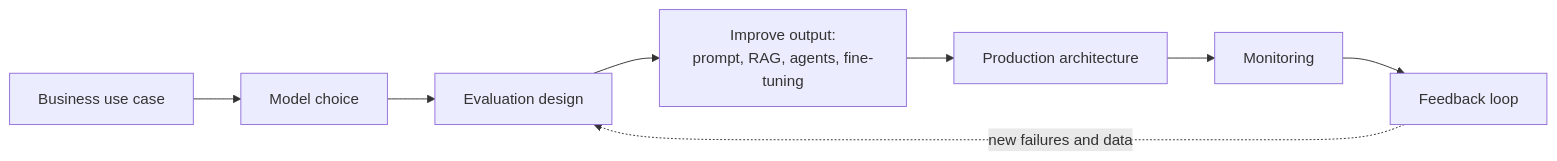
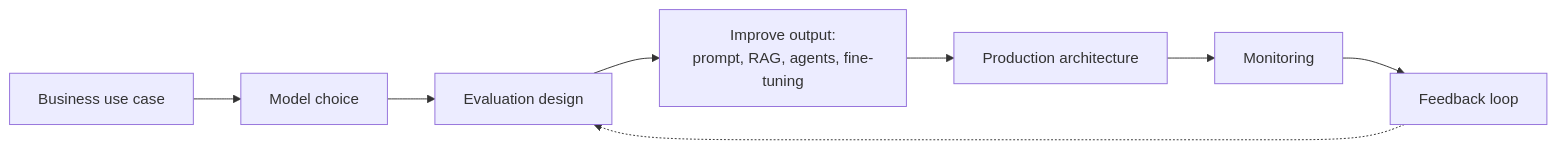
The sixth of 6 diagrams in chapters/01-introduction-to-ai/README.md (meetbrij/ai-engineering-interview-preparation), drawn with Mermaid before and after one commit. The commit also changed other lines of this file and 2 other files, not shown here.

````diff
--- a/chapters/01-introduction-to-ai/README.md
+++ b/chapters/01-introduction-to-ai/README.md
@@ -126,10 +117,10 @@
 ```mermaid
 flowchart LR
     A[Business use case] --> B[Model choice]
     B --> C[Evaluation design]
     C --> D["Improve output:<br/>prompt, RAG, agents, fine-tuning"]
     D --> E[Production architecture]
     E --> F[Monitoring]
     F --> G[Feedback loop]
-    G -.->|new failures and data| C
+    G -.-> C
 ```
````
